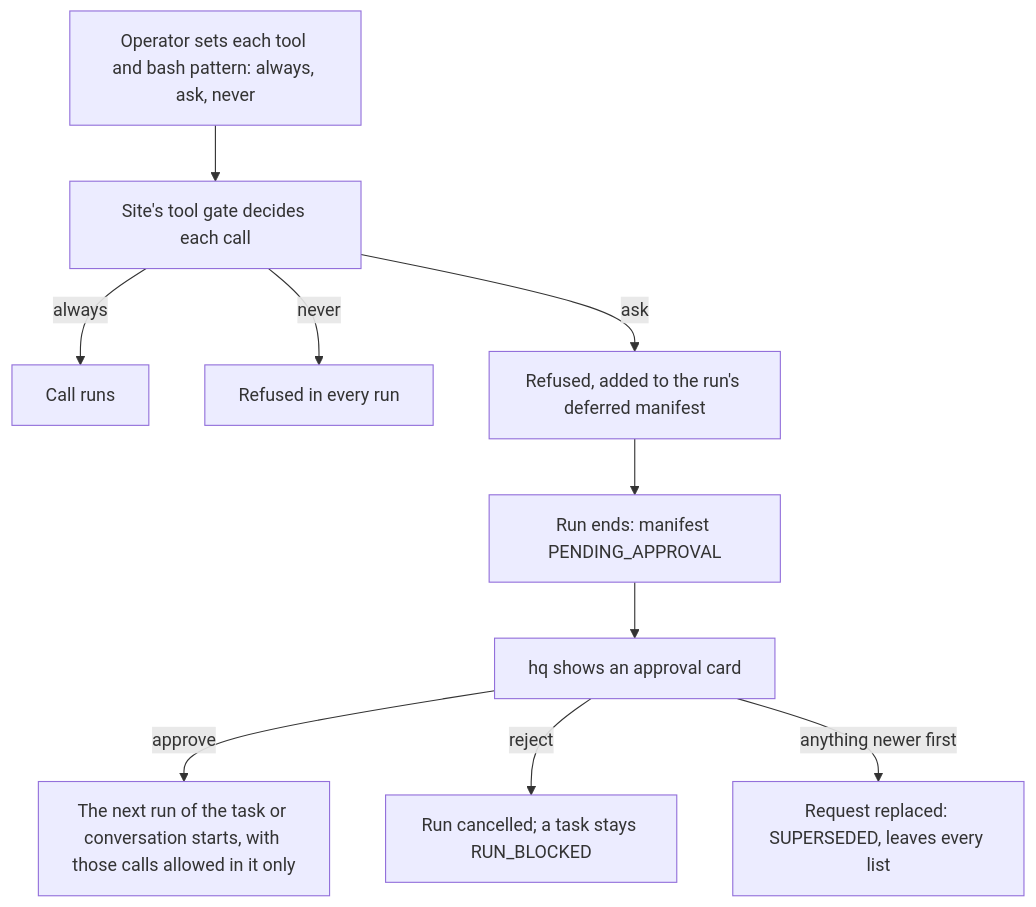
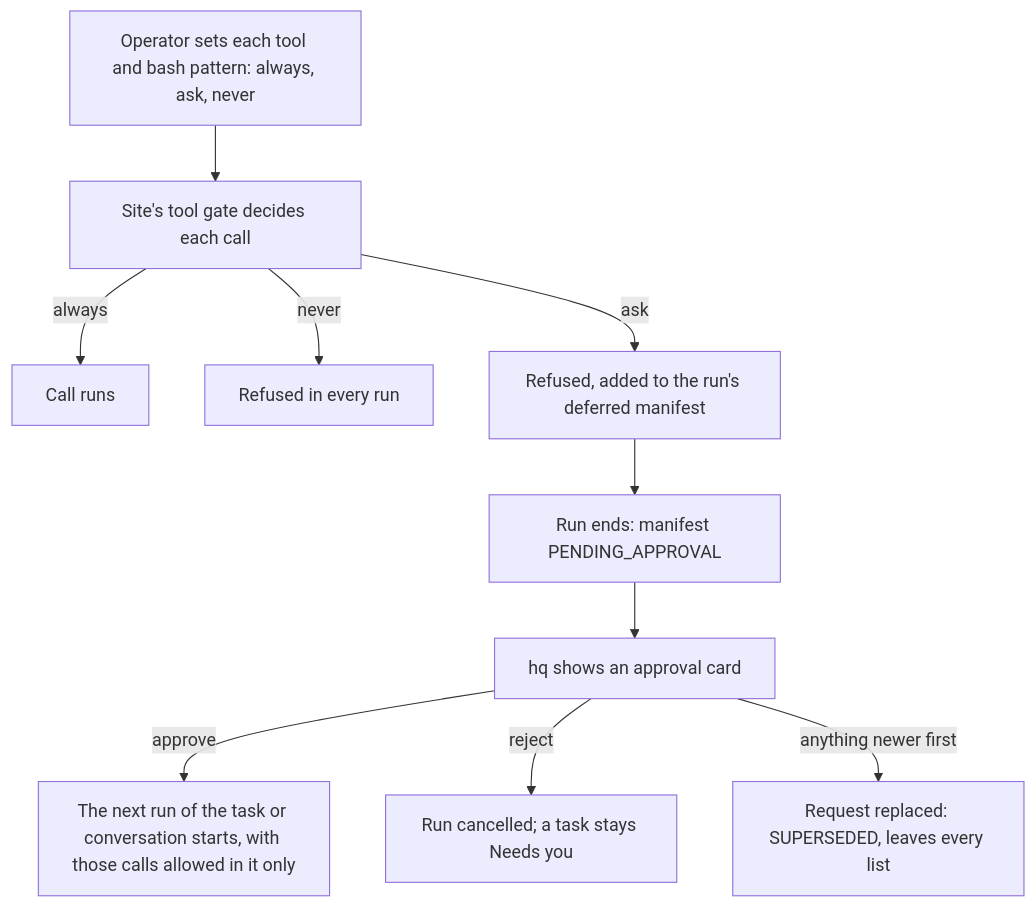
Before and after one commit to solution84-com/agenthix: the first of 2 diagrams in docs/concepts/agents/hitl-and-tool-control.md, drawn with Mermaid. The commit also changed other lines of this file and 60 other files, not shown here.

````diff
--- a/docs/concepts/agents/hitl-and-tool-control.md
+++ b/docs/concepts/agents/hitl-and-tool-control.md
@@ -8,12 +8,12 @@
 ```mermaid
 flowchart TD
     OP["Operator sets each tool and bash pattern: always, ask, never"] --> GATE["Site's tool gate decides each call"]
     GATE -- always --> RUN["Call runs"]
     GATE -- never --> NO["Refused in every run"]
     GATE -- ask --> DEF["Refused, added to the run's deferred manifest"]
     DEF --> END["Run ends: manifest PENDING_APPROVAL"]
     END --> HQ["hq shows an approval card"]
     HQ -- approve --> AGAIN["The next run of the task or conversation starts, with those calls allowed in it only"]
-    HQ -- reject --> STOP["Run cancelled; a task stays RUN_BLOCKED"]
+    HQ -- reject --> STOP["Run cancelled; a task stays Needs you"]
     HQ -- "anything newer first" --> GONE["Request replaced: SUPERSEDED, leaves every list"]
 ```
````
